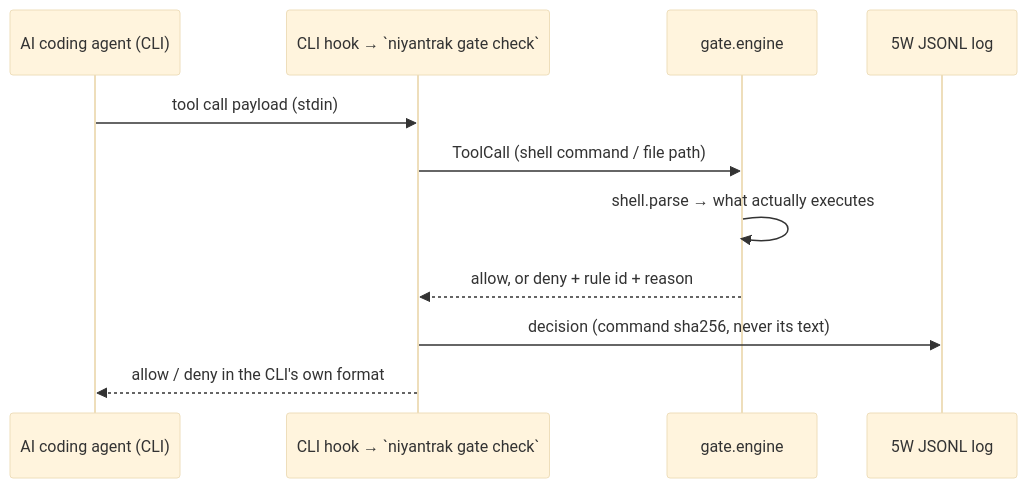
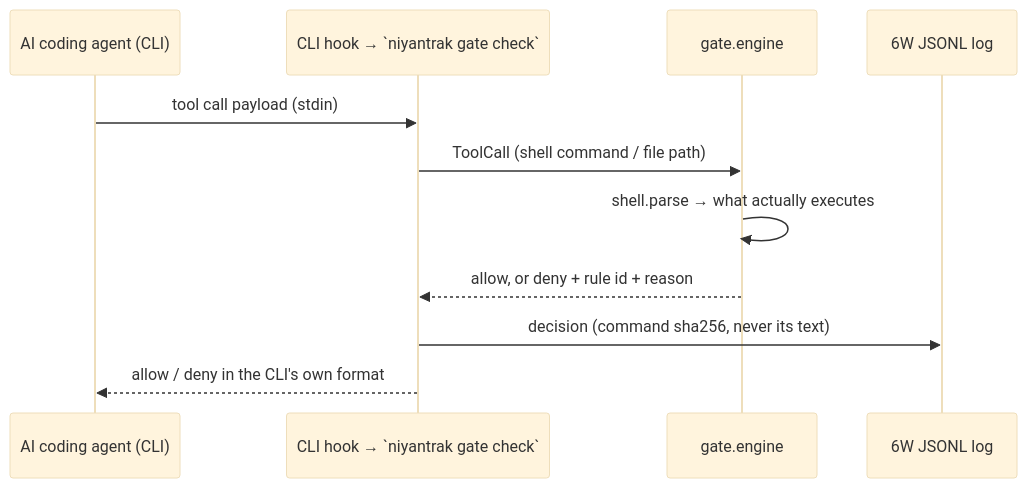
Before and after one commit to vigyanbytes/niyantrak: the second of 3 diagrams in docs/ARCHITECTURE.md, drawn with Mermaid (base theme). The commit also changed other lines of this file and 98 other files, not shown here.

````diff
--- a/docs/ARCHITECTURE.md
+++ b/docs/ARCHITECTURE.md
@@ -48,13 +49,13 @@
 ```mermaid
 sequenceDiagram
   participant Agent as AI coding agent (CLI)
   participant Hook as CLI hook → `niyantrak gate check`
   participant Engine as gate.engine
-  participant Log as 5W JSONL log
+  participant Log as 6W JSONL log
   Agent->>Hook: tool call payload (stdin)
   Hook->>Engine: ToolCall (shell command / file path)
   Engine->>Engine: shell.parse → what actually executes
   Engine-->>Hook: allow, or deny + rule id + reason
   Hook->>Log: decision (command sha256, never its text)
   Hook-->>Agent: allow / deny in the CLI's own format
 ```
````
